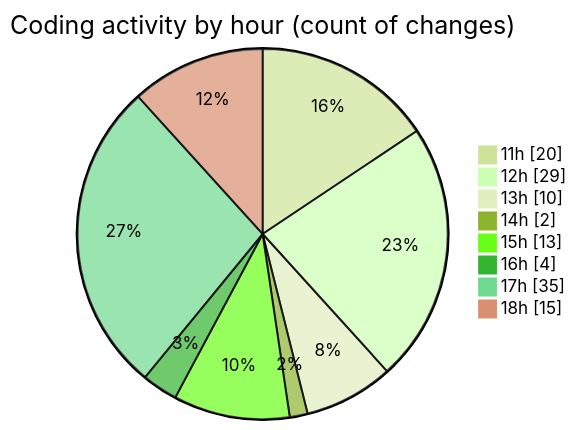
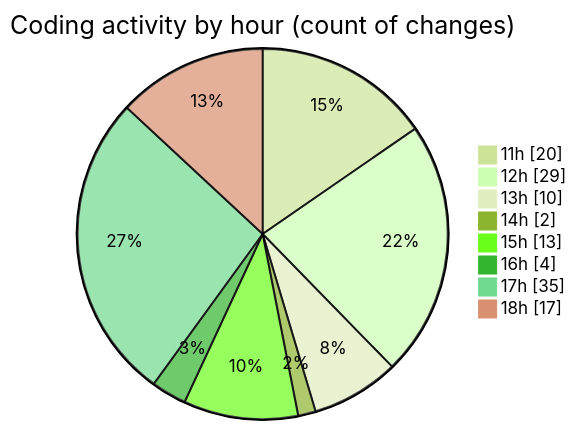
Before and after one commit to nxtqubesakshisongat/code-tracking: the second of 2 diagrams in 2025-12-11/nxtqube_webapp/README.md, drawn with Mermaid (forest theme). The commit also changed other lines of this file and 1 other file, not shown here.

````diff
--- a/2025-12-11/nxtqube_webapp/README.md
+++ b/2025-12-11/nxtqube_webapp/README.md
@@ -42,12 +42,12 @@
 ```mermaid
 pie showData
 title Coding activity by hour (count of changes)
 "11h" : 20
 "12h" : 29
 "13h" : 10
 "14h" : 2
 "15h" : 13
 "16h" : 4
 "17h" : 35
-"18h" : 15
+"18h" : 17
 ```
````
